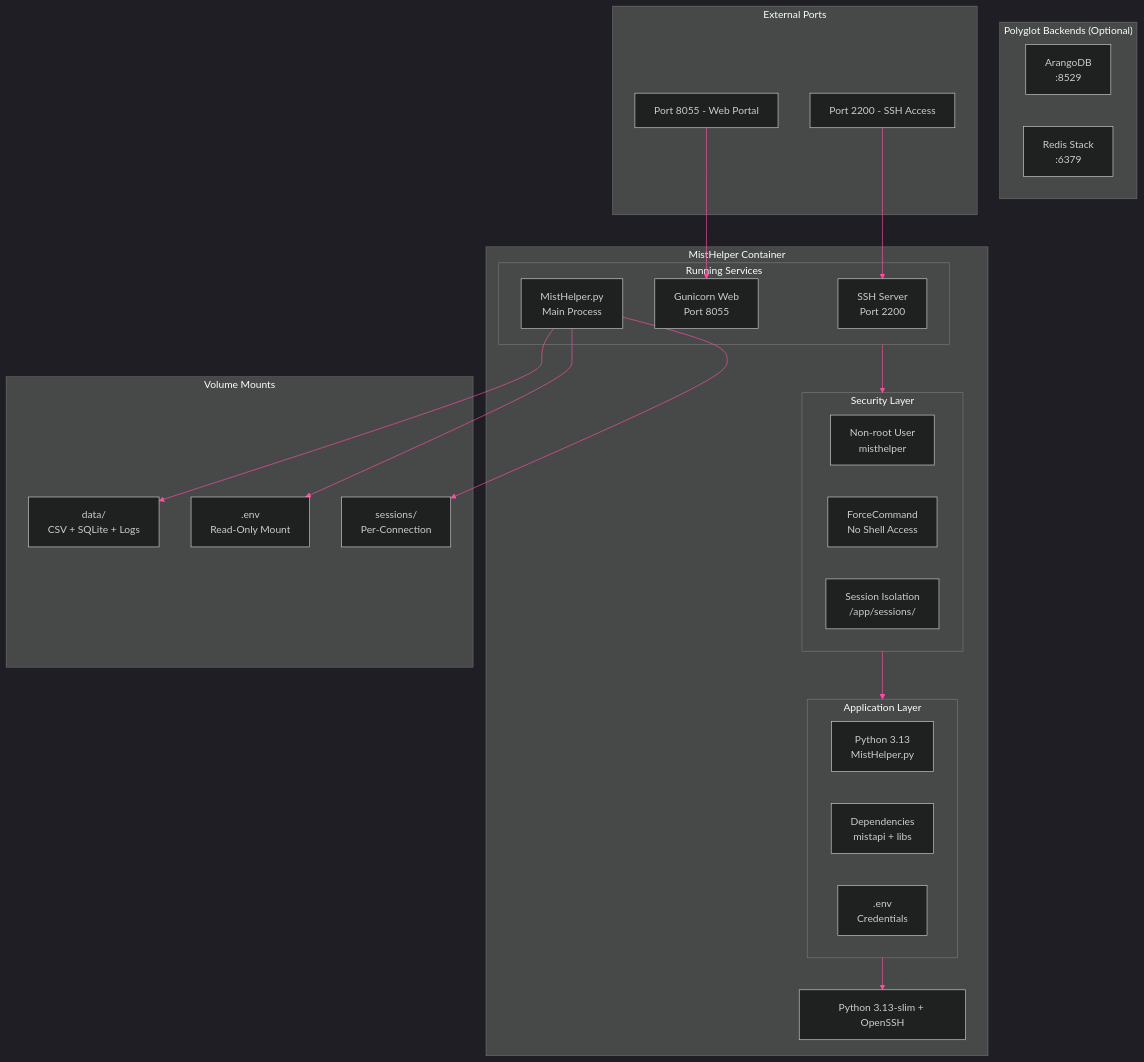
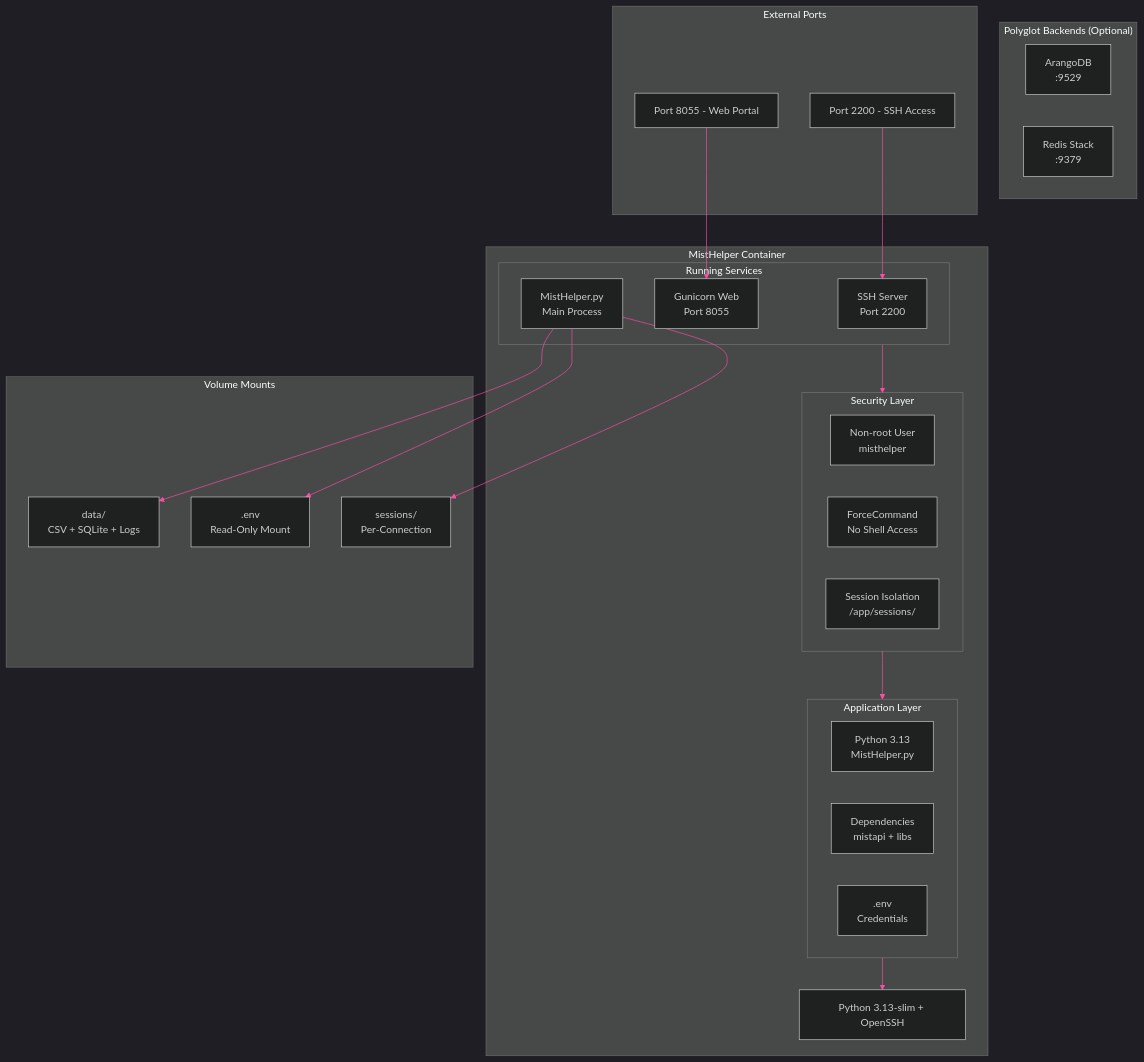
Before and after one commit to jmorrison-juniper/MistHelper: the first of 2 diagrams in documentation/diagrams/infrastructure/container-architecture.md, drawn with Mermaid. The commit also changed other lines of this file and 6 other files, not shown here.

````diff
--- a/documentation/diagrams/infrastructure/container-architecture.md
+++ b/documentation/diagrams/infrastructure/container-architecture.md
@@ -11,56 +11,56 @@
 ```mermaid
 %%{init: {'theme': 'dark', 'themeVariables': {
   'primaryColor': '#E20074',
   'primaryTextColor': '#E0E0E0',
   'primaryBorderColor': '#99004D',
   'lineColor': '#FF4DA6',
   'secondaryColor': '#16213E',
   'tertiaryColor': '#1A1A2E',
   'fontFamily': 'ui-monospace, monospace'
 }}}%%
 flowchart TB
     subgraph container["MistHelper Container"]
         subgraph services["Running Services"]
             ssh["SSH Server<br/>Port 2200"]
             web["Gunicorn Web<br/>Port 8055"]
             app["MistHelper.py<br/>Main Process"]
         end
 
         subgraph security["Security Layer"]
             user["Non-root User<br/>misthelper"]
             force["ForceCommand<br/>No Shell Access"]
             isolation["Session Isolation<br/>/app/sessions/"]
         end
 
         subgraph application["Application Layer"]
             code["Python 3.13<br/>MistHelper.py"]
             deps["Dependencies<br/>mistapi + libs"]
             config[".env<br/>Credentials"]
         end
 
         os["Python 3.13-slim + OpenSSH"]
     end
 
     subgraph volumes["Volume Mounts"]
         data["data/<br/>CSV + SQLite + Logs"]
         env[".env<br/>Read-Only Mount"]
         sessions["sessions/<br/>Per-Connection"]
     end
 
     subgraph polyglot["Polyglot Backends (Optional)"]
-        arango["ArangoDB<br/>:8529"]
-        redis["Redis Stack<br/>:6379"]
+        arango["ArangoDB<br/>:9529"]
+        redis["Redis Stack<br/>:9379"]
     end
 
     subgraph ports["External Ports"]
         p2200["Port 2200 - SSH Access"]
         p8055["Port 8055 - Web Portal"]
     end
 
     services --> security --> application --> os
     p2200 --> ssh
     p8055 --> web
     app --> data
     app --> env
     app --> sessions
 ```
````
